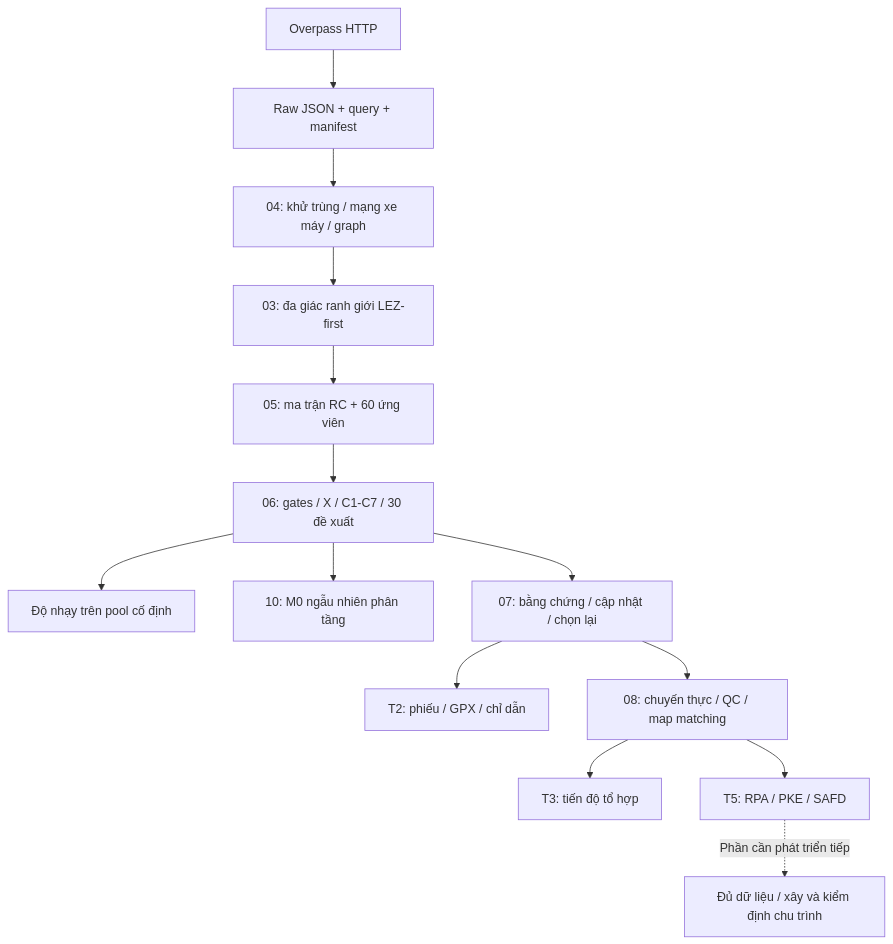
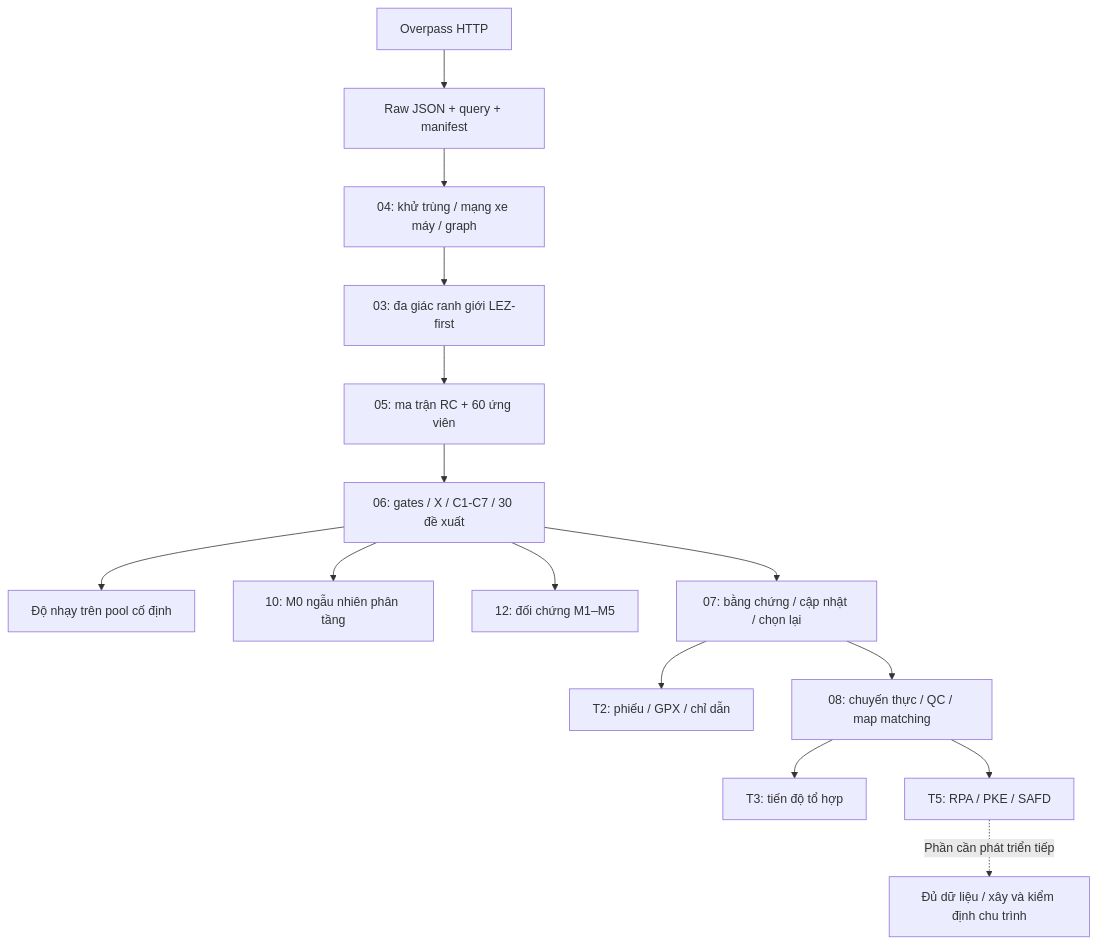
Before and after one commit to quanhhg/lez-road: the diagram in docs/PROJECT_OVERVIEW.md, drawn with Mermaid. The commit also changed other lines of this file and 8 other files, not shown here.

````diff
--- a/docs/PROJECT_OVERVIEW.md
+++ b/docs/PROJECT_OVERVIEW.md
@@ -37,16 +37,17 @@
 ```mermaid
 flowchart TD
     API[Overpass HTTP] --> RAW[Raw JSON + query + manifest]
     RAW --> NET[04: khử trùng / mạng xe máy / graph]
     NET --> AREA[03: đa giác ranh giới LEZ-first]
     AREA --> POOL[05: ma trận RC + 60 ứng viên]
     POOL --> PICK[06: gates / X / C1-C7 / 30 đề xuất]
     PICK --> SENS[Độ nhạy trên pool cố định]
     PICK --> M0[10: M0 ngẫu nhiên phân tầng]
+    PICK --> BENCH[12: đối chứng M1–M5]
     PICK --> FIELD[07: bằng chứng / cập nhật / chọn lại]
     FIELD --> T2[T2: phiếu / GPX / chỉ dẫn]
     FIELD --> GPS[08: chuyến thực / QC / map matching]
     GPS --> T3[T3: tiến độ tổ hợp]
     GPS --> T5[T5: RPA / PKE / SAFD]
     T5 -. Phần cần phát triển tiếp .-> CYCLE[Đủ dữ liệu / xây và kiểm định chu trình]
 ```
````
